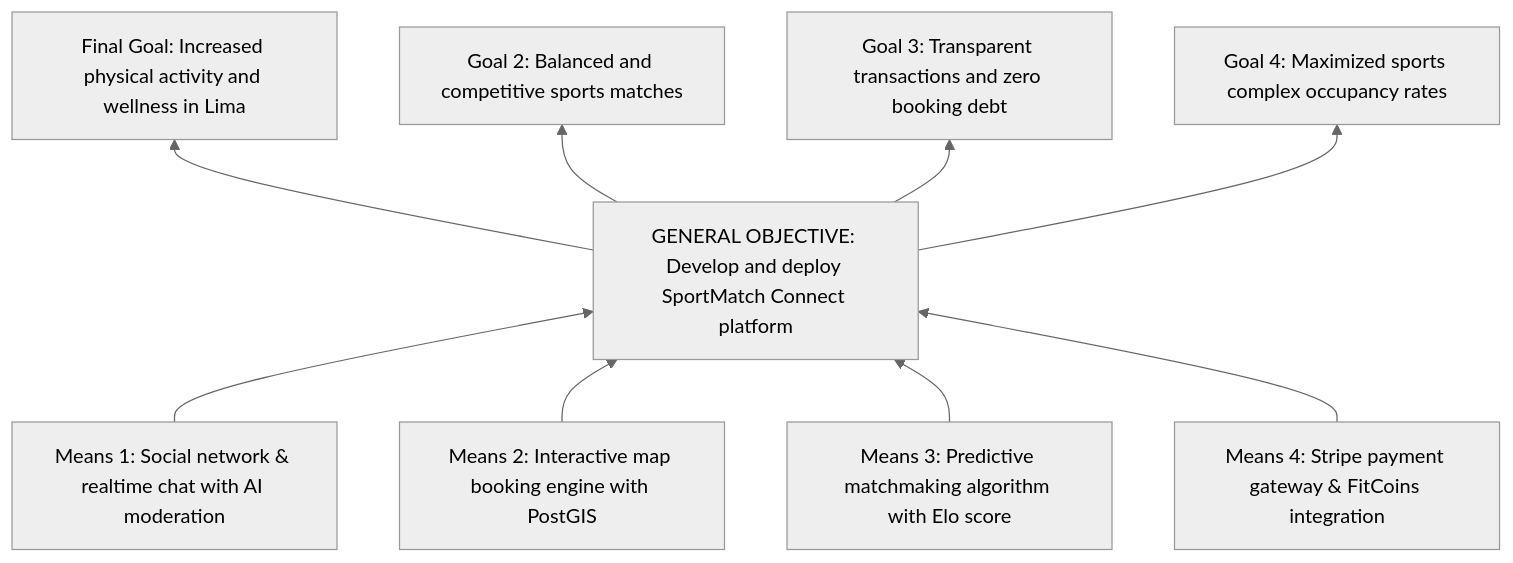
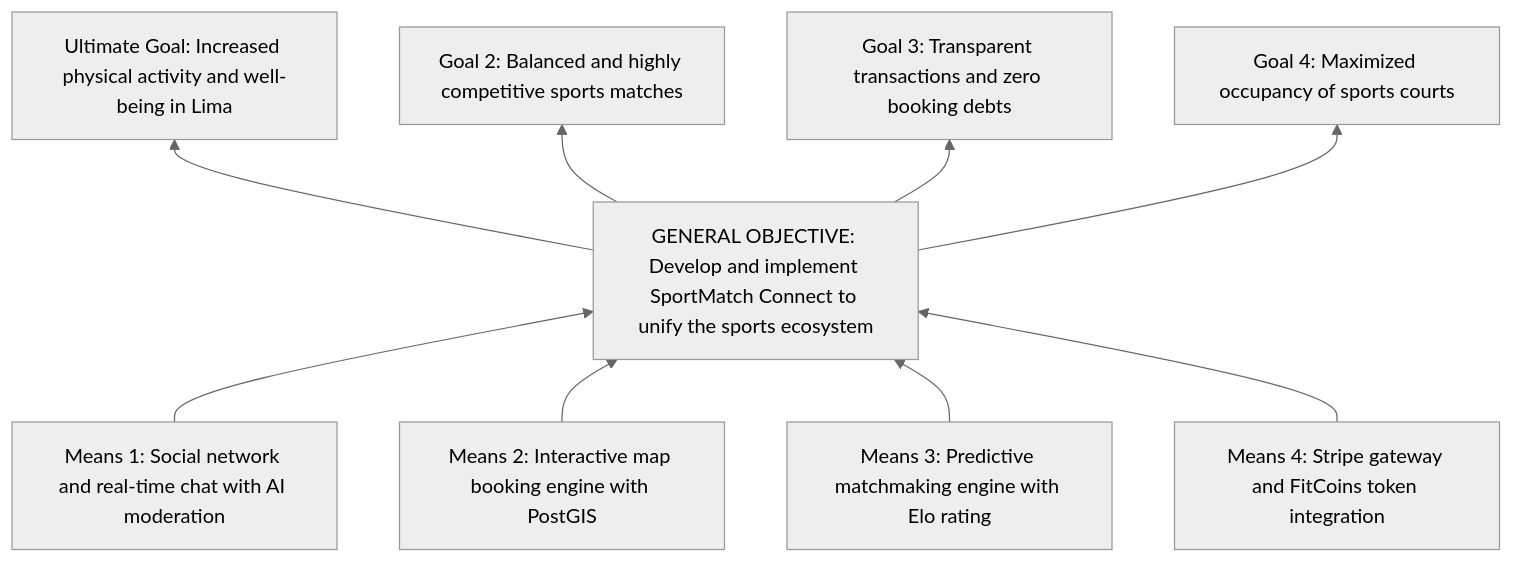
Before and after one commit to jojiz29/sportmatch-connect: the second of 5 diagrams in ENTREGABLE/1. Trabajo Final Matias/TESIS_FINAL_SPORTMATCH_EN.md, drawn with Mermaid (neutral theme). The commit also changed other lines of this file and 1 other file, not shown here.

Commit message:
docs(tf): expand final thesis ES/EN drafts with comprehensive academic detail

````diff
--- a/ENTREGABLE/1. Trabajo Final Matias/TESIS_FINAL_SPORTMATCH_EN.md
+++ b/ENTREGABLE/1. Trabajo Final Matias/TESIS_FINAL_SPORTMATCH_EN.md
@@ -162,23 +173,23 @@
 ```mermaid
 graph BT
-    FIN1["Final Goal: Increased physical activity and wellness in Lima"]
-    FIN2["Goal 2: Balanced and competitive sports matches"]
-    FIN3["Goal 3: Transparent transactions and zero booking debt"]
-    FIN4["Goal 4: Maximized sports complex occupancy rates"]
+    FIN1["Ultimate Goal: Increased physical activity and well-being in Lima"]
+    FIN2["Goal 2: Balanced and highly competitive sports matches"]
+    FIN3["Goal 3: Transparent transactions and zero booking debts"]
+    FIN4["Goal 4: Maximized occupancy of sports courts"]
     
-    OBJ["GENERAL OBJECTIVE: Develop and deploy SportMatch Connect platform"]
+    OBJ["GENERAL OBJECTIVE: Develop and implement SportMatch Connect to unify the sports ecosystem"]
     
-    M1["Means 1: Social network & realtime chat with AI moderation"]
+    M1["Means 1: Social network and real-time chat with AI moderation"]
     M2["Means 2: Interactive map booking engine with PostGIS"]
-    M3["Means 3: Predictive matchmaking algorithm with Elo score"]
-    M4["Means 4: Stripe payment gateway & FitCoins integration"]
+    M3["Means 3: Predictive matchmaking engine with Elo rating"]
+    M4["Means 4: Stripe gateway and FitCoins token integration"]
     
     M1 --> OBJ
     M2 --> OBJ
     M3 --> OBJ
     M4 --> OBJ
     OBJ --> FIN1
     OBJ --> FIN2
     OBJ --> FIN3
     OBJ --> FIN4
 ```
````
